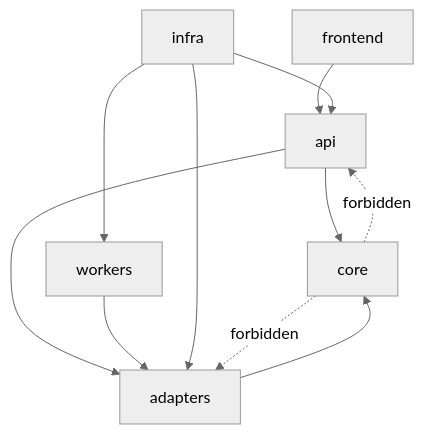
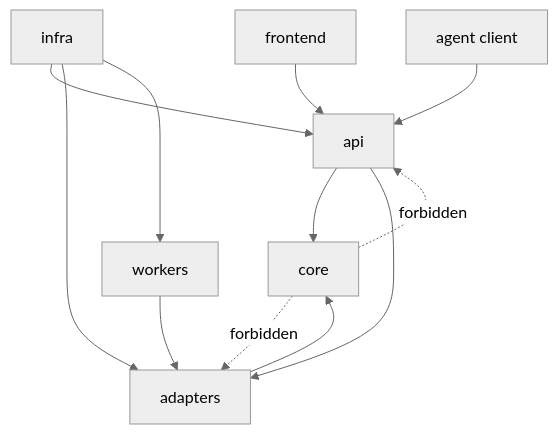
One commit to felipelrib/imoveis changed the second of 4 diagrams in _bmad-output/planning-artifacts/architecture/architecture-imoveis-2026-07-23/ARCHITECTURE-SPINE.md. Above: the diagram before and after it, drawn with Mermaid (neutral theme). The commit also changed other lines of this file and 2 other files, not shown here.

First line of the commit message:
docs(architecture): update spine for v0.14 decision engine (AD-14..19)

````diff
--- a/_bmad-output/planning-artifacts/architecture/architecture-imoveis-2026-07-23/ARCHITECTURE-SPINE.md
+++ b/_bmad-output/planning-artifacts/architecture/architecture-imoveis-2026-07-23/ARCHITECTURE-SPINE.md
@@ -145,13 +189,14 @@
 ```mermaid
 flowchart TB
   UI[frontend] --> API[api]
+  AGENT[agent client] --> API
   API --> CORE[core]
   API --> AD[adapters]
   WORK[workers] --> AD
   AD --> CORE
   INF[infra] --> API
   INF --> AD
   INF --> WORK
   CORE -.->|forbidden| AD
   CORE -.->|forbidden| API
 ```
````
